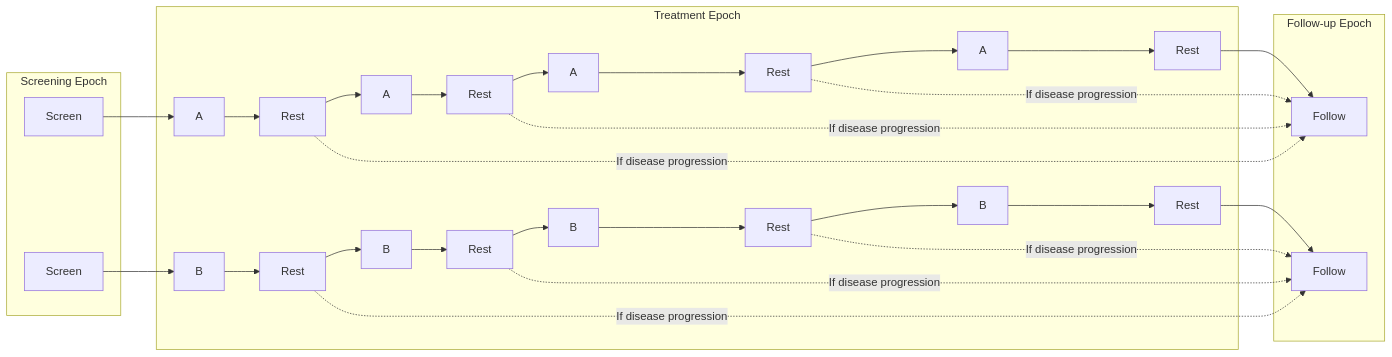
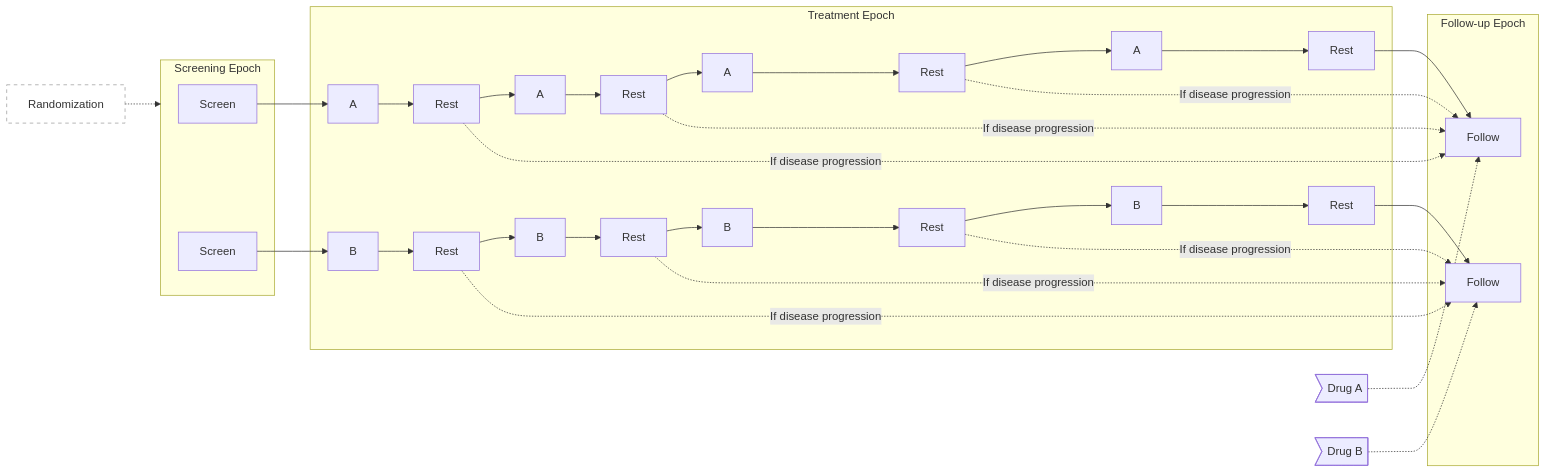
Before and after one commit to hakupao/sdtm-pedia: diagram 16 of 24 in knowledge_base/domains/TA/examples.md, drawn with Mermaid. The commit also changed other lines of this file and 12 other files, not shown here.

First line of the commit message:
fix(kb): Tier B batch B-TA — TA narratives restored + 24 Mermaid vs PDF figures (PASS after 3 attempts; local)

````diff
--- a/knowledge_base/domains/TA/examples.md
+++ b/knowledge_base/domains/TA/examples.md
@@ -412,25 +606,29 @@
 ```mermaid
 graph LR
     subgraph SE["Screening Epoch"]
         s1[Screen]
         s2[Screen]
     end
     subgraph TE["Treatment Epoch"]
         a1[A] --> r1[Rest] --> a2[A] --> r2[Rest] --> a3[A] --> r3[Rest] --> a4[A] --> r4[Rest]
         b1[B] --> r5[Rest] --> b2[B] --> r6[Rest] --> b3[B] --> r7[Rest] --> b4[B] --> r8[Rest]
     end
     subgraph FU["Follow-up Epoch"]
         f1[Follow]
         f2[Follow]
     end
     s1 --> a1
     r4 --> f1
     s2 --> b1
     r8 --> f2
     r1 -.->|"If disease progression"| f1
     r2 -.->|"If disease progression"| f1
     r3 -.->|"If disease progression"| f1
     r5 -.->|"If disease progression"| f2
     r6 -.->|"If disease progression"| f2
     r7 -.->|"If disease progression"| f2
+    armA>"Drug A"] -.-> f1
+    armB>"Drug B"] -.-> f2
+    rand["Randomization"] -.-> SE
+    style rand fill:#fff,stroke:#999,stroke-dasharray:5 5
 ```
````
